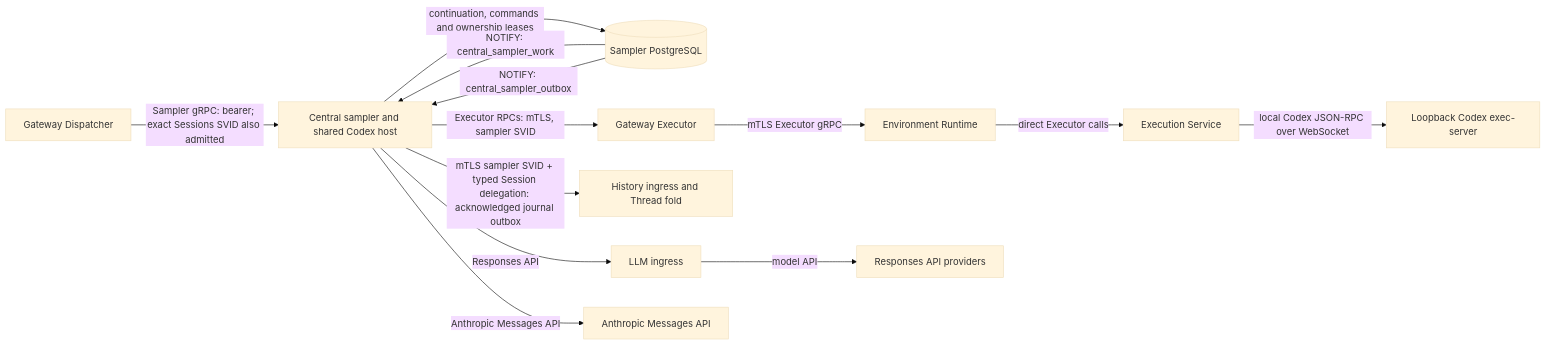
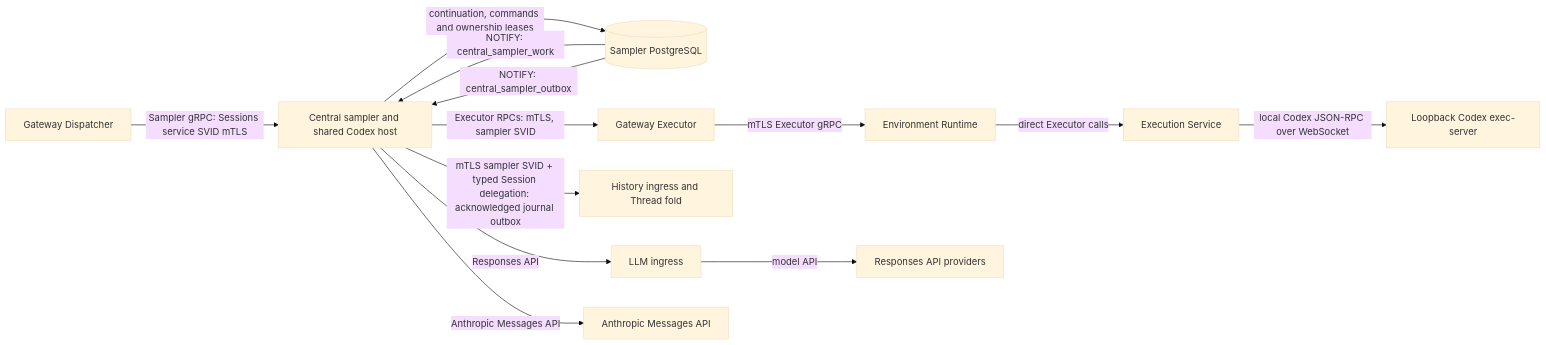
The fourth of 18 diagrams in agentplane/docs/system_overview.md (agentydragon/ducktape), drawn with Mermaid (base theme) before and after one commit. The commit also changed other lines of this file and 2 other files, not shown here.

Commit message:
Use the Sessions SVID for Gateway sampler calls

````diff
--- a/agentplane/docs/system_overview.md
+++ b/agentplane/docs/system_overview.md
@@ -356,25 +356,25 @@
 ```mermaid
 flowchart LR
     dispatcher[Gateway Dispatcher]
     sampler[Central sampler and shared Codex host]
     db[(Sampler PostgreSQL)]
     gateway[Gateway Executor]
     runtime[Environment Runtime]
     execution[Execution Service]
     executor[Loopback Codex exec-server]
     history[History ingress and Thread fold]
     llm[LLM ingress]
     responses[Responses API providers]
     anthropic[Anthropic Messages API]
-    dispatcher -->|Sampler gRPC: bearer; exact Sessions SVID also admitted| sampler
+    dispatcher -->|Sampler gRPC: Sessions service SVID mTLS| sampler
     sampler -->|continuation, commands and ownership leases| db
     db -->|NOTIFY: central_sampler_work| sampler
     db -->|NOTIFY: central_sampler_outbox| sampler
     sampler -->|Executor RPCs: mTLS, sampler SVID| gateway
     gateway -->|mTLS Executor gRPC| runtime
     runtime -->|direct Executor calls| execution
     execution -->|local Codex JSON-RPC over WebSocket| executor
     sampler -->|mTLS sampler SVID + typed Session delegation: acknowledged journal outbox| history
     sampler -->|Responses API| llm -->|model API| responses
     sampler -->|Anthropic Messages API| anthropic
 ```
````
